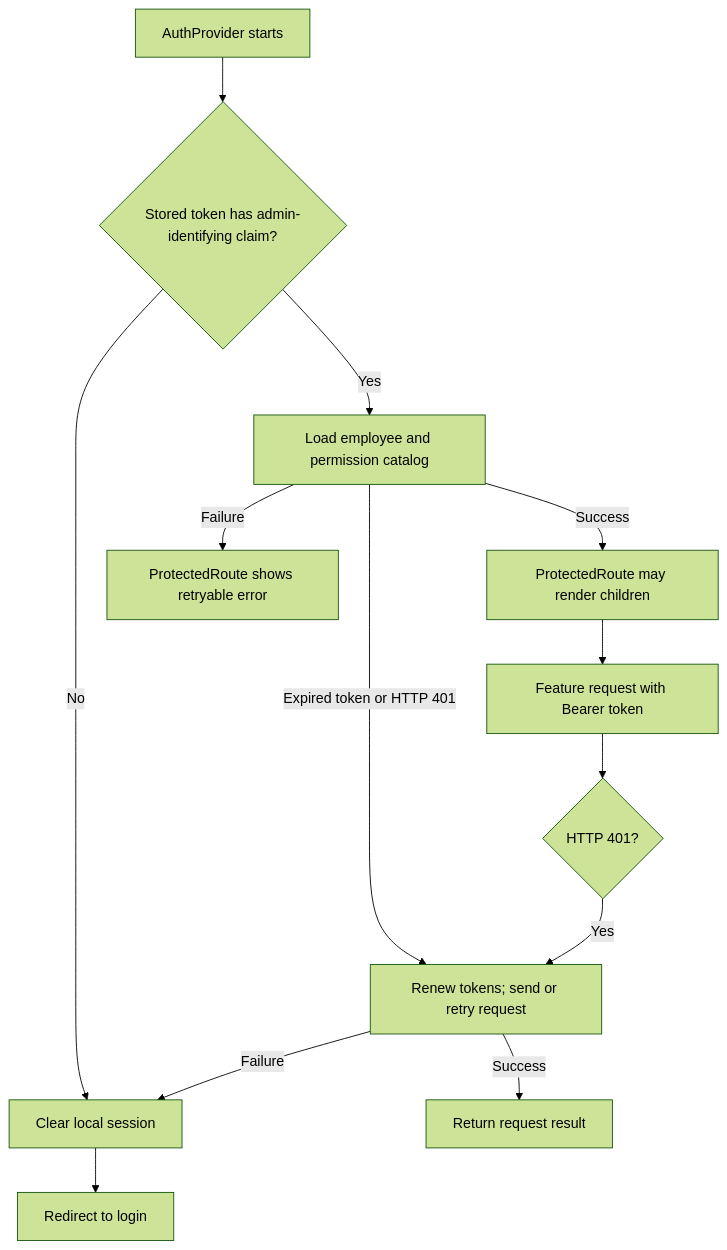
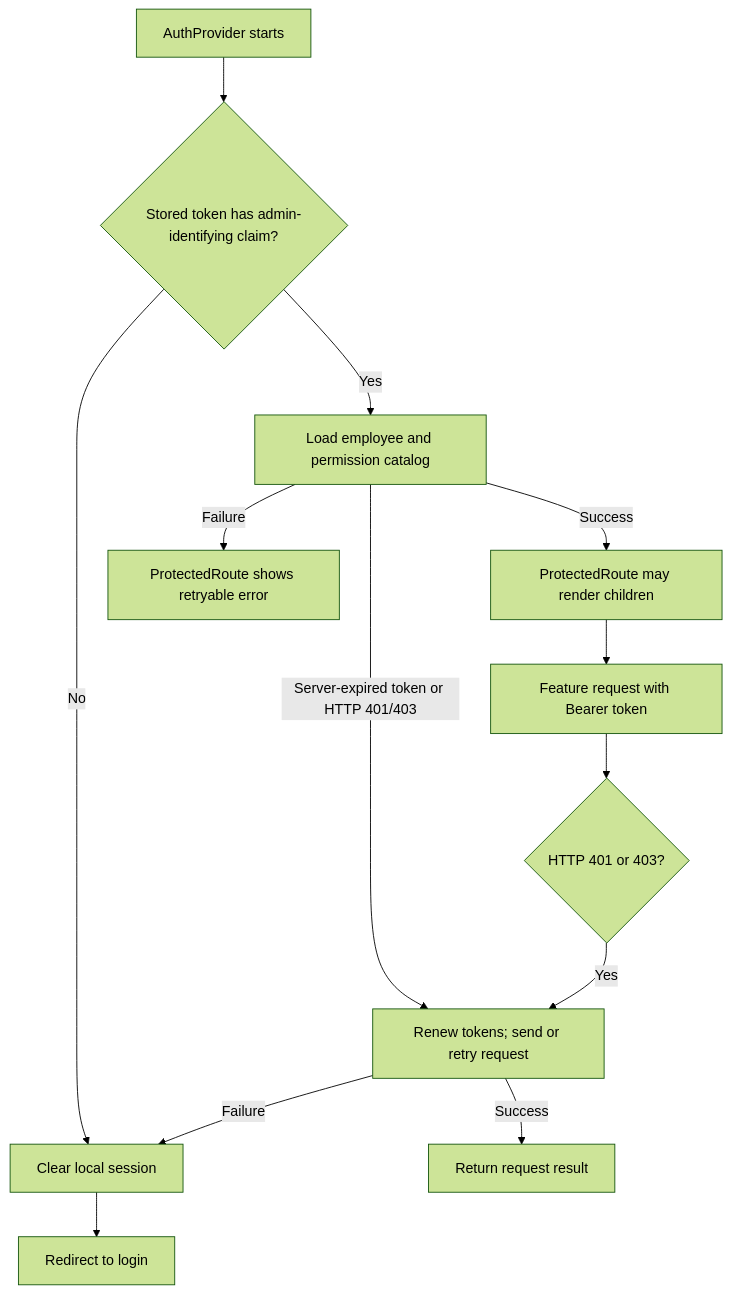
One commit to Mahmoud1937/Admn-dashboard changed the diagram in docs/authentication-and-permissions.md. Above: the diagram before and after it, drawn with Mermaid (forest theme). The commit also changed other lines of this file and 14 other files, not shown here.

````diff
--- a/docs/authentication-and-permissions.md
+++ b/docs/authentication-and-permissions.md
@@ -17,15 +17,15 @@
 ```mermaid
 flowchart TD
   Start["AuthProvider starts"] --> Stored{"Stored token has admin-identifying claim?"}
   Stored -- No --> Clear["Clear local session"]
   Stored -- Yes --> Permissions["Load employee and permission catalog"]
   Permissions -- Success --> Route["ProtectedRoute may render children"]
   Permissions -- Failure --> Retry["ProtectedRoute shows retryable error"]
-  Permissions -- Expired token or HTTP 401 --> Renew["Renew tokens; send or retry request"]
+  Permissions -- Server-expired token or HTTP 401/403 --> Renew["Renew tokens; send or retry request"]
   Route --> Request["Feature request with Bearer token"]
-  Request --> Unauthorized{"HTTP 401?"}
+  Request --> Unauthorized{"HTTP 401 or 403?"}
   Unauthorized -- Yes --> Renew
   Renew -- Success --> Result["Return request result"]
   Renew -- Failure --> Clear
   Clear --> Login["Redirect to login"]
 ```
````
